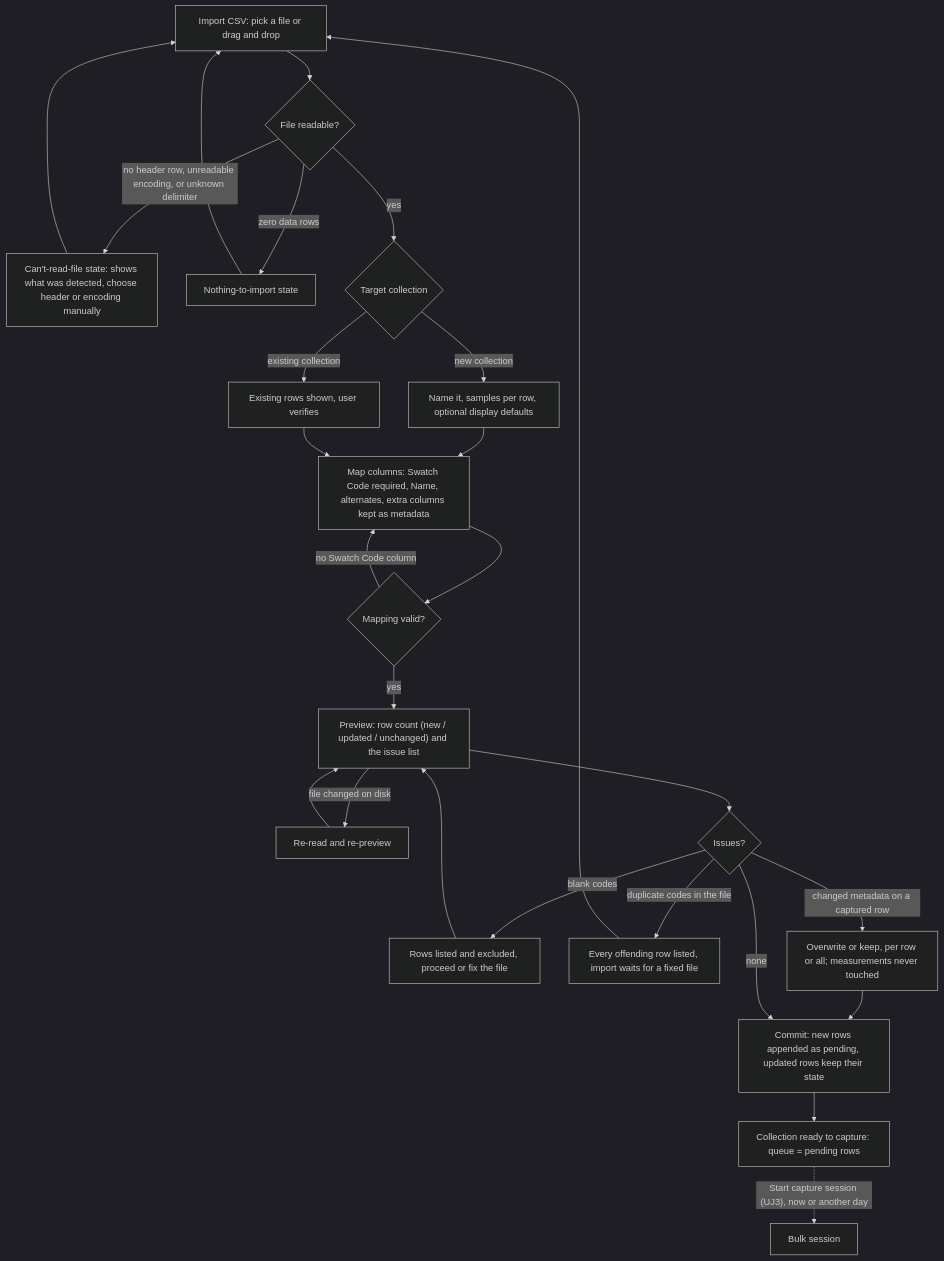
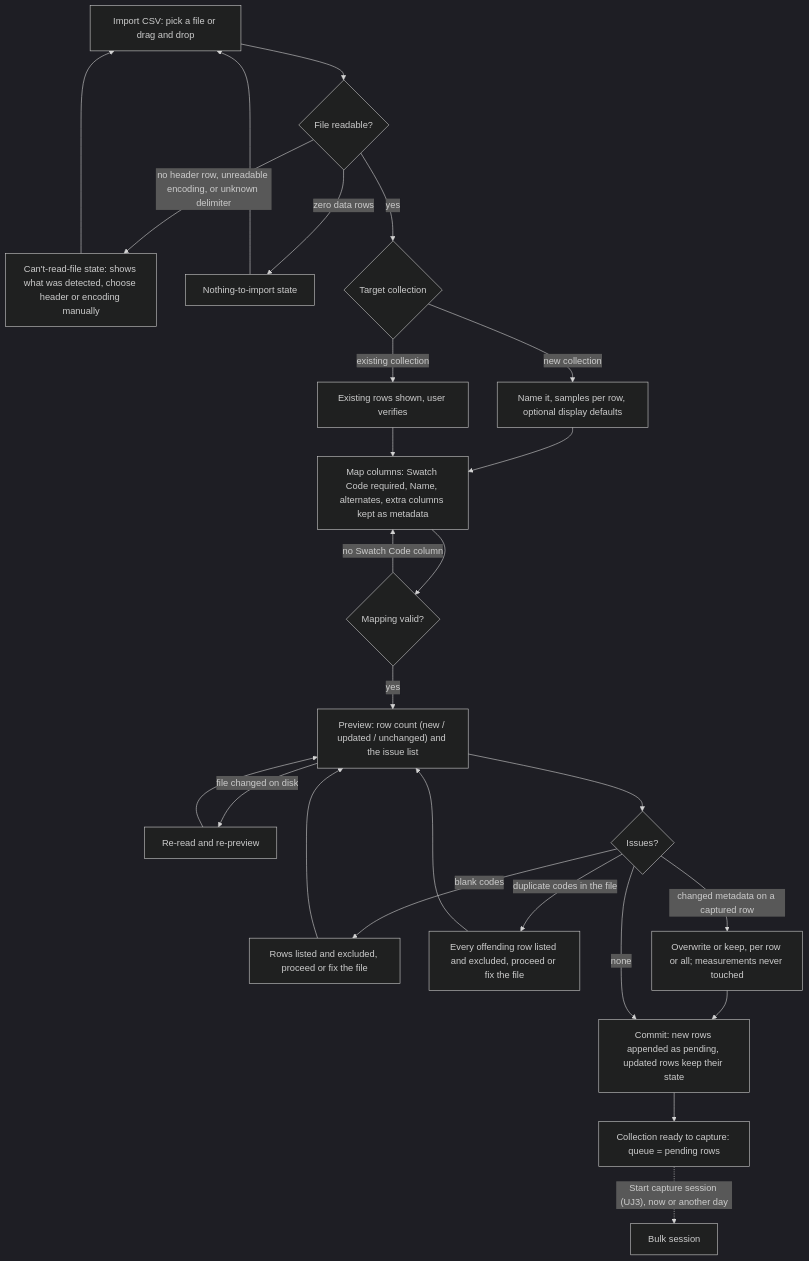
The third of 6 diagrams in docs/product/prd-capture-mode.md (vinnyp/spectro-capture), drawn with Mermaid (dark theme) before and after one commit. The commit also changed other lines of this file and 2 other files, not shown here.

````diff
--- a/docs/product/prd-capture-mode.md
+++ b/docs/product/prd-capture-mode.md
@@ -195,28 +204,28 @@
 ```mermaid
 flowchart TD
     A["Import CSV: pick a file or drag and drop"] --> B{File readable?}
     B -- "no header row, unreadable encoding, or unknown delimiter" --> B1["Can't-read-file state: shows what was detected, choose header or encoding manually"]
     B1 --> A
     B -- "zero data rows" --> B2["Nothing-to-import state"]
     B2 --> A
     B -- yes --> C{Target collection}
     C -- "new collection" --> C1["Name it, samples per row, optional display defaults"]
     C -- "existing collection" --> C2["Existing rows shown, user verifies"]
     C1 --> D["Map columns: Swatch Code required, Name, alternates, extra columns kept as metadata"]
     C2 --> D
     D --> E{Mapping valid?}
     E -- "no Swatch Code column" --> D
     E -- yes --> F["Preview: row count (new / updated / unchanged) and the issue list"]
     F -- "file changed on disk" --> F1["Re-read and re-preview"]
     F1 --> F
     F --> G{Issues?}
     G -- "blank codes" --> G1["Rows listed and excluded, proceed or fix the file"]
     G1 --> F
-    G -- "duplicate codes in the file" --> G2["Every offending row listed, import waits for a fixed file"]
-    G2 --> A
+    G -- "duplicate codes in the file" --> G2["Every offending row listed and excluded, proceed or fix the file"]
+    G2 --> F
     G -- "changed metadata on a captured row" --> G3["Overwrite or keep, per row or all; measurements never touched"]
     G3 --> H
     G -- none --> H["Commit: new rows appended as pending, updated rows keep their state"]
     H --> I["Collection ready to capture: queue = pending rows"]
     I -. "Start capture session (UJ3), now or another day" .-> J["Bulk session"]
 ```
````
